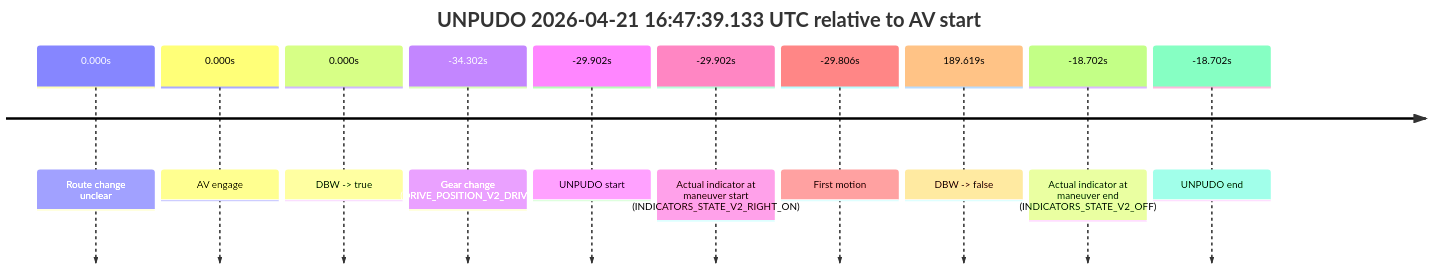
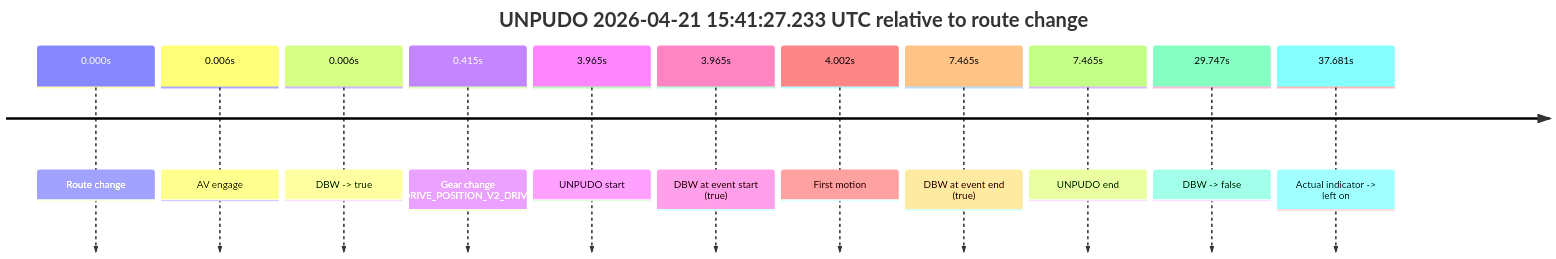
One commit to yoelshapiro/vault changed the seventh of 14 diagrams in model_analysis/report_cards/2026/04/Week-4/fme20032--2026-04-21--14-17-54--gen2-av-cae1b391-dab2-4ad8-8f3a-0c5f0814d292.md. Above: the diagram before and after it, drawn with Mermaid. The commit also changed other lines of this file and 2 other files, not shown here.

````diff
--- a/model_analysis/report_cards/2026/04/Week-4/fme20032--2026-04-21--14-17-54--gen2-av-cae1b391-dab2-4ad8-8f3a-0c5f0814d292.md
+++ b/model_analysis/report_cards/2026/04/Week-4/fme20032--2026-04-21--14-17-54--gen2-av-cae1b391-dab2-4ad8-8f3a-0c5f0814d292.md
@@ -459,14 +586,15 @@
 ```mermaid
 timeline
-    title UNPUDO 2026-04-21 16:47:39.133 UTC relative to AV start
-    0.000s : Route change unclear
-    0.000s : AV engage
-    0.000s : DBW -> true
-    -34.302s : Gear change (DRIVE_POSITION_V2_DRIVE)
-    -29.902s : UNPUDO start
-    -29.902s : Actual indicator at maneuver start (INDICATORS_STATE_V2_RIGHT_ON)
-    -29.806s : First motion
-    189.619s : DBW -> false
-    -18.702s : Actual indicator at maneuver end (INDICATORS_STATE_V2_OFF)
-    -18.702s : UNPUDO end
+    title UNPUDO 2026-04-21 15:41:27.233 UTC relative to route change
+    0.000s : Route change
+    0.006s : AV engage
+    0.006s : DBW -> true
+    0.415s : Gear change (DRIVE_POSITION_V2_DRIVE)
+    3.965s : UNPUDO start
+    3.965s : DBW at event start (true)
+    4.002s : First motion
+    7.465s : DBW at event end (true)
+    7.465s : UNPUDO end
+    29.747s : DBW -> false
+    37.681s : Actual indicator -> left on
 ```
````
